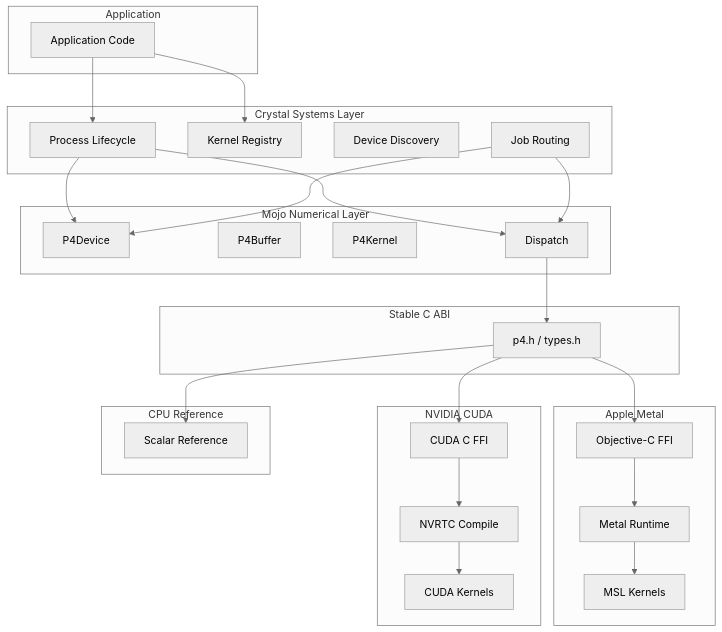
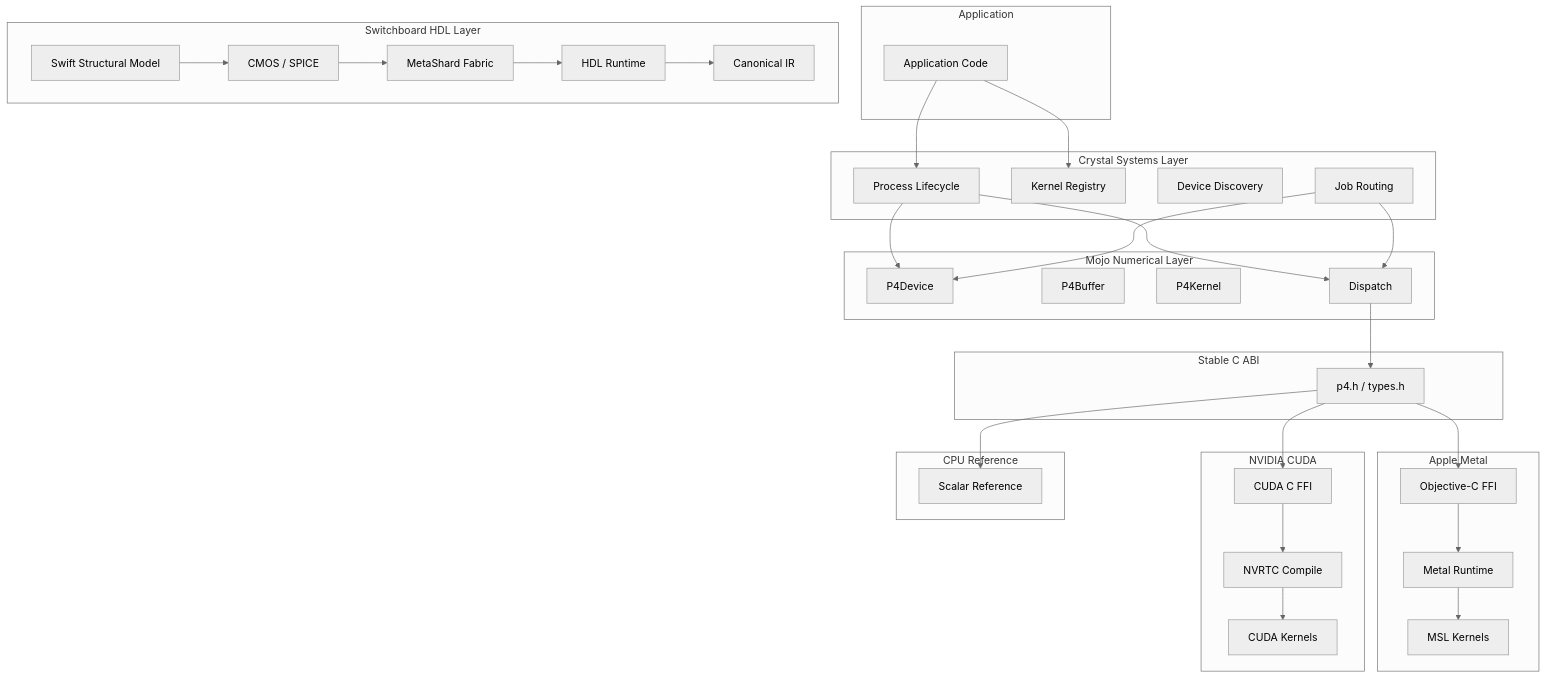
The first of 14 diagrams in README.md (SNAPKITTYWEST/p4), drawn with Mermaid (neutral theme) before and after one commit. The commit also changed other lines of this file, not shown here.

First line of the commit message:
docs: expand README with full Switchboard HDL layer documentation

````diff
--- a/README.md
+++ b/README.md
@@ -58,49 +62,58 @@
 ```mermaid
 flowchart TD
     subgraph Application
         APP[Application Code]
     end
 
     subgraph "Crystal Systems Layer"
         CR1[Process Lifecycle]
         CR2[Kernel Registry]
         CR3[Device Discovery]
         CR4[Job Routing]
     end
 
     subgraph "Mojo Numerical Layer"
         MJ1[P4Device]
         MJ2[P4Buffer]
         MJ3[P4Kernel]
         MJ4[Dispatch]
     end
 
     subgraph "Stable C ABI"
         ABI[p4.h / types.h]
     end
 
     subgraph "Apple Metal"
         AM1[Objective-C FFI]
         AM2[Metal Runtime]
         AM3[MSL Kernels]
     end
 
     subgraph "NVIDIA CUDA"
         NC1[CUDA C FFI]
         NC2[NVRTC Compile]
         NC3[CUDA Kernels]
     end
 
     subgraph "CPU Reference"
         REF[Scalar Reference]
     end
 
+    subgraph "Switchboard HDL Layer"
+        SW1[Swift Structural Model]
+        SW2[CMOS / SPICE]
+        SW3[MetaShard Fabric]
+        SW4[HDL Runtime]
+        SW5[Canonical IR]
+    end
+
     APP --> CR1 & CR2
     CR1 & CR4 --> MJ1 & MJ4
     MJ4 --> ABI
     ABI --> AM1
     ABI --> NC1
     ABI --> REF
     AM1 --> AM2 --> AM3
     NC1 --> NC2 --> NC3
+    SW1 --> SW2 --> SW3 --> SW4 --> SW5
 ```
````
